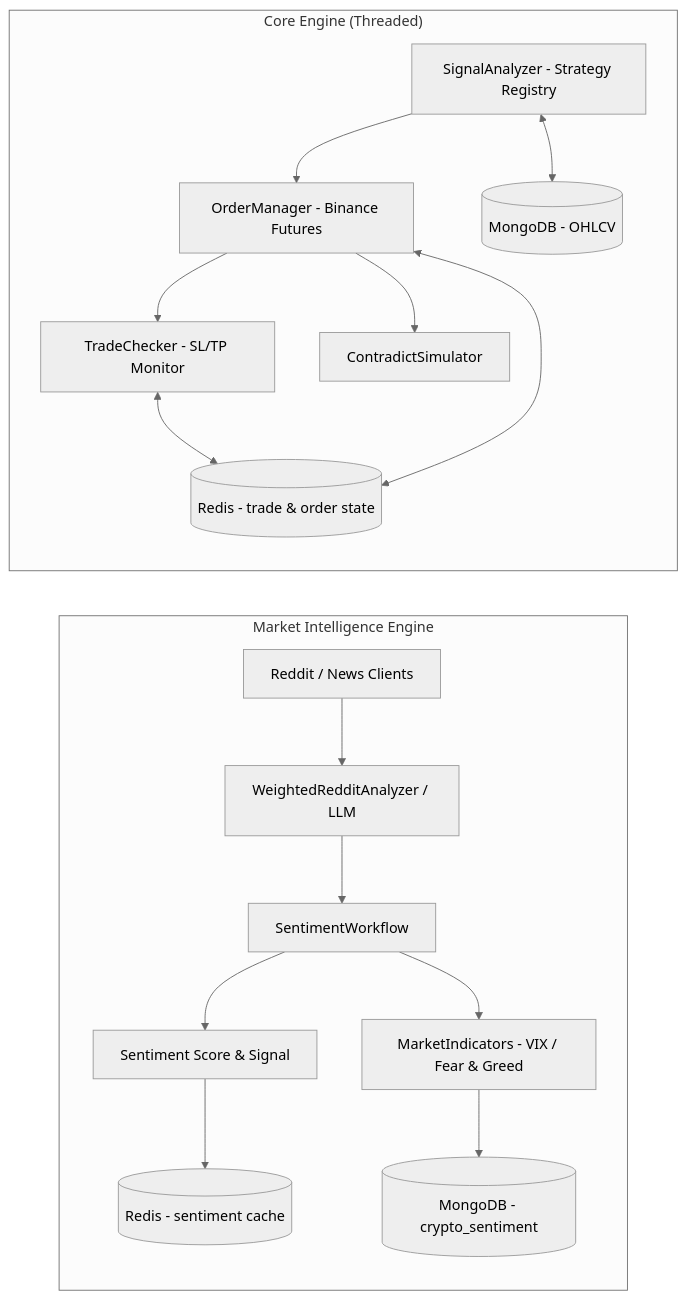
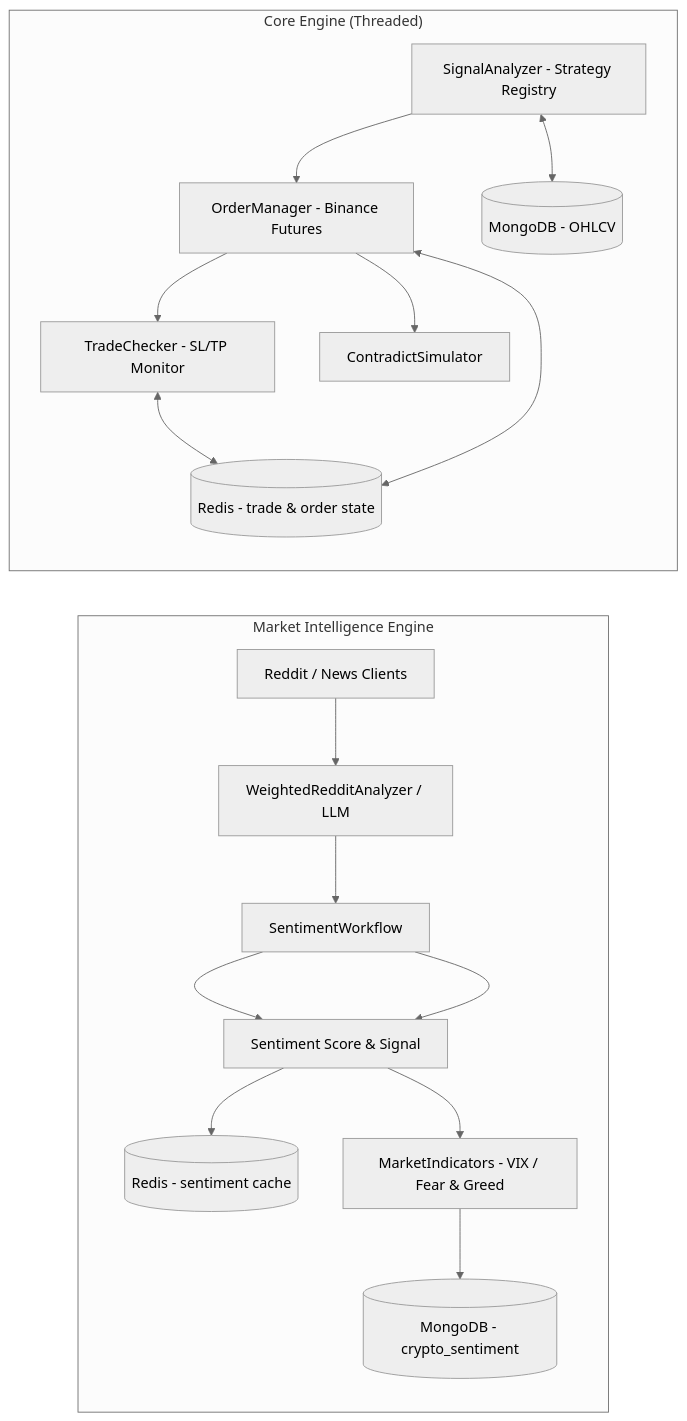
Before and after one commit to B-Lens/Orbit: the diagram in README.md, drawn with Mermaid (neutral theme).

````diff
--- a/README.md
+++ b/README.md
@@ -80,28 +80,28 @@
 ```mermaid
 flowchart LR
     subgraph AI["Market Intelligence Engine"]
         A1[Reddit / News Clients]
         A2[WeightedRedditAnalyzer / LLM]
         A3[SentimentWorkflow]
         A4[Sentiment Score & Signal]
         A5[MarketIndicators - VIX / Fear & Greed]
         A6[(MongoDB - crypto_sentiment)]
         A7[(Redis - sentiment cache)]
         A1 --> A2 --> A3 --> A4 --> A7
-        A3 --> A5 --> A6
+        A3 --> A4 --> A5 --> A6
     end
     subgraph CORE["Core Engine (Threaded)"]
         C1[SignalAnalyzer - Strategy Registry]
         C2[OrderManager - Binance Futures]
         C3[TradeChecker - SL/TP Monitor]
         C4[ContradictSimulator]
         C5[(MongoDB - OHLCV)]
         C6[(Redis - trade & order state)]
         C1 --> C2
         C2 --> C3
         C3 <--> C6
         C2 <--> C6
         C1 <--> C5
         C2 --> C4
     end
 ```
````
